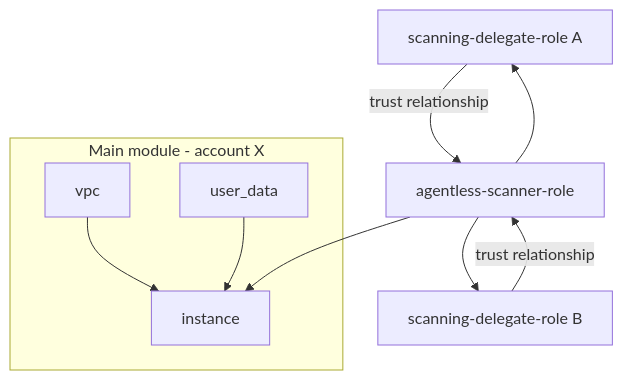
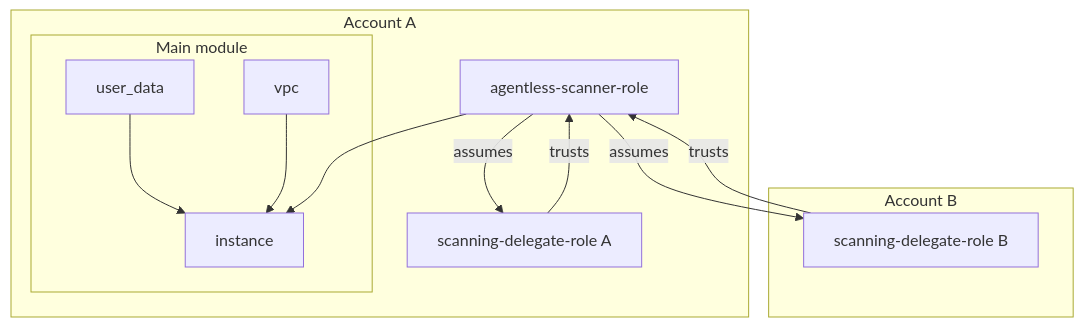
One commit to DataDog/terraform-module-datadog-agentless-scanner changed the diagram in README.md. Above: the diagram before and after it, drawn with Mermaid. The commit also changed other lines of this file and 2 other files, not shown here.

Commit message:
Apply suggestions from code review

````diff
--- a/README.md
+++ b/README.md
@@ -83,21 +83,25 @@
 ```mermaid
-graph TD
-    A[Main module]
-    subgraph A[Main module - account X]
-        VPC[vpc]
-        UD[user_data]
-        I[instance]
+flowchart TD
+    subgraph "Account A"
+      subgraph "Main module"
+          UD[user_data]
+          VPC[vpc]
+          I[instance]
+          UD-->I
+          VPC-->I
+        end
+
+        SR[agentless-scanner-role]
+        SR-->I
+
+        DRA[scanning-delegate-role A]
+        DRA-- trusts -->SR
+        SR-- assumes -->DRA
     end
 
-    DRA[scanning-delegate-role A]
-    DRB[scanning-delegate-role B]
-    SR[agentless-scanner-role]
-
-    DRA-->|trust relationship|SR
-    DRB-->|trust relationship|SR
-    SR-->DRA
-    SR-->DRB
-    SR-->I
-    UD-->I
-    VPC-->I
+    subgraph "Account B"
+      DRB[scanning-delegate-role B]
+      DRB-- trusts -->SR
+      SR-- assumes -->DRB
+    end
 ```
````
